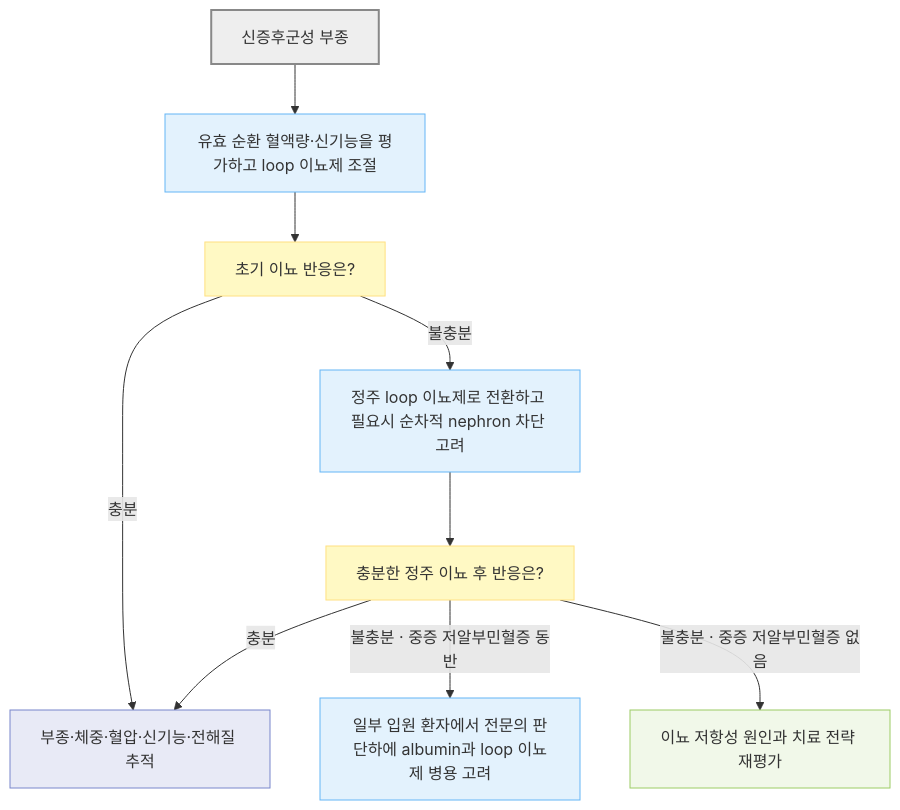
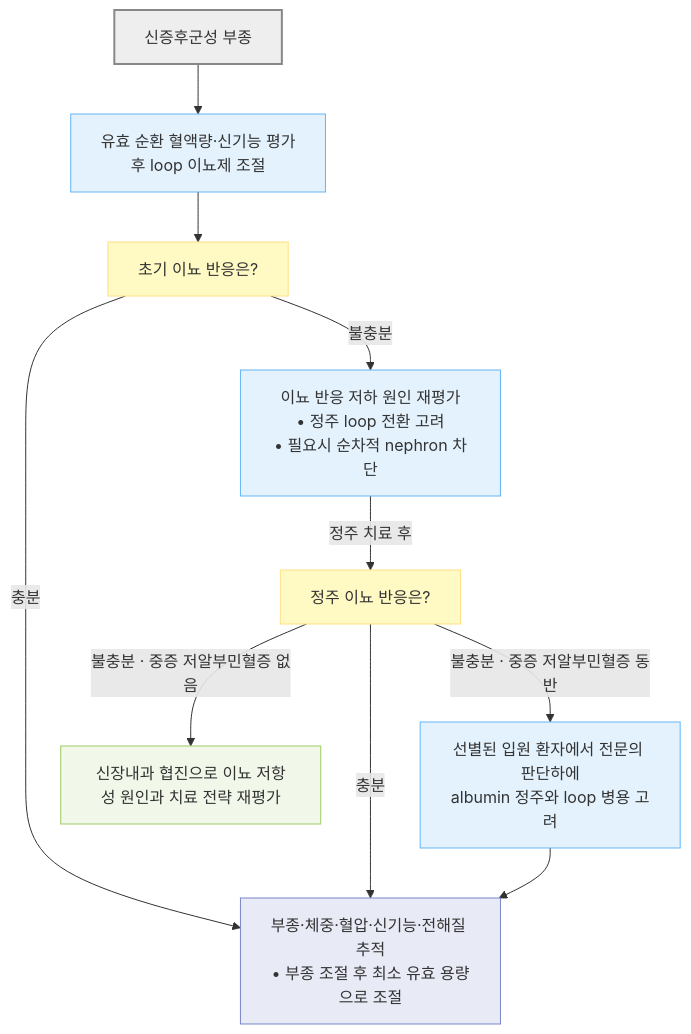
The fifth of 5 diagrams in 220_/012_-edema.md (familyoh77/familyoh77), drawn with Mermaid before and after one commit. The commit also changed other lines of this file, not shown here.

````diff
--- a/220_/012_-edema.md
+++ b/220_/012_-edema.md
@@ -445,21 +449,22 @@
 ```mermaid
 flowchart TD
-    NS["신증후군성 부종"] --> NS1["유효 순환 혈액량·신기능을 평가하고 loop 이뇨제 조절"]
+    NS["신증후군성 부종"] --> NS1["유효 순환 혈액량·신기능 평가<br/>후 loop 이뇨제 조절"]
     NS1 --> Q1["초기 이뇨 반응은?"]
-    Q1 -- "충분" --> F["부종·체중·혈압·신기능·전해질 추적"]
-    Q1 -- "불충분" --> NS2["정주 loop 이뇨제로 전환하고 필요시 순차적 nephron 차단 고려"]
-    NS2 --> Q2["충분한 정주 이뇨 후 반응은?"]
+    Q1 -- "충분" --> F["부종·체중·혈압·신기능·전해질 추적<br/>• 부종 조절 후 최소 유효 용량으로 조절"]
+    Q1 -- "불충분" --> NS2["이뇨 반응 저하 원인 재평가<br/>• 정주 loop 전환 고려<br/>• 필요시 순차적 nephron 차단"]
+    NS2 -- "정주 치료 후" --> Q2["정주 이뇨 반응은?"]
     Q2 -- "충분" --> F
-    Q2 -- "불충분 · 중증 저알부민혈증 동반" --> ALB["일부 입원 환자에서 전문의 판단하에 albumin과 loop 이뇨제 병용 고려"]
-    Q2 -- "불충분 · 중증 저알부민혈증 없음" --> R["이뇨 저항성 원인과 치료 전략 재평가"]
+    Q2 -- "불충분 · 중증 저알부민혈증 동반" --> ALB["선별된 입원 환자에서 전문의 판단하에<br/>albumin 정주와 loop 병용 고려"]
+    Q2 -- "불충분 · 중증 저알부민혈증 없음" --> R["신장내과 협진으로 이뇨 저항성 원인과 치료 전략 재평가"]
+    ALB --> F
     classDef start fill:#eeeeee,stroke:#888888,stroke-width:2px
     classDef question fill:#fff9c4,stroke:#ffe082
     classDef treatment fill:#e3f2fd,stroke:#64b5f6
     classDef followup fill:#e8eaf6,stroke:#7986cb
     classDef evaluation fill:#f1f8e9,stroke:#9ccc65
     class NS start
     class Q1,Q2 question
     class NS1,NS2,ALB treatment
     class F followup
     class R evaluation
 ```
````
